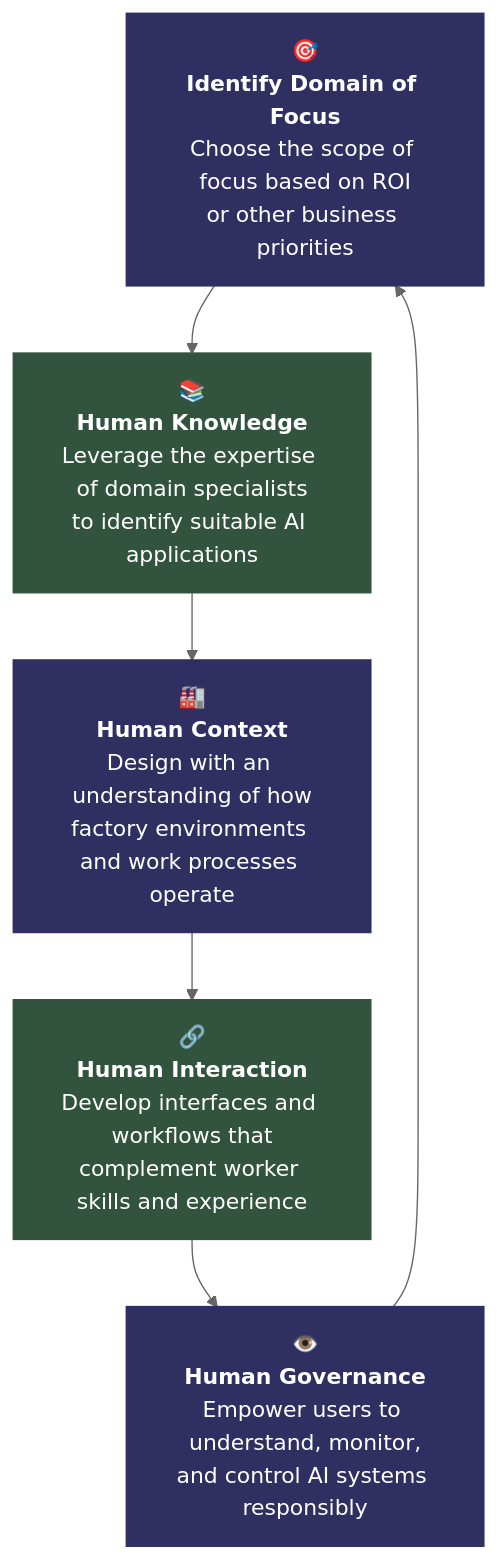
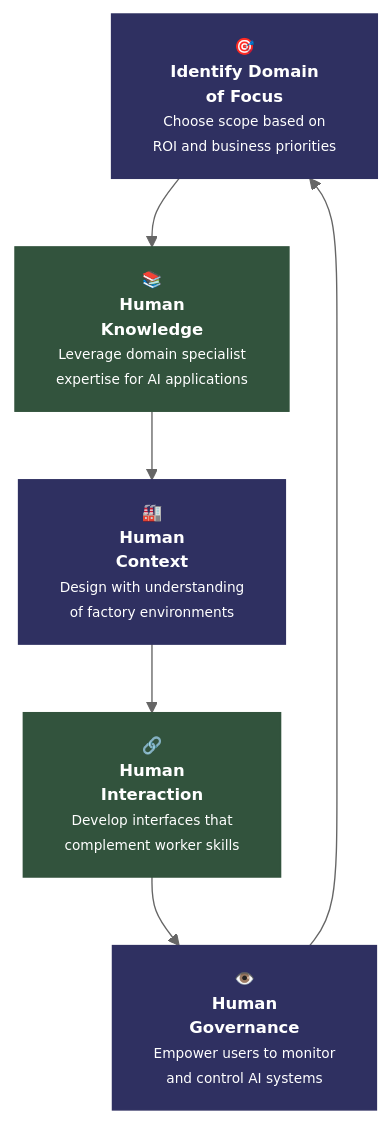
The second of 3 diagrams in factory-ai-implementation-diagram.md (isaacGAIS/diagramLN), drawn with Mermaid (neutral theme) before and after one commit. The commit also changed other lines of this file, not shown here.

````diff
--- a/factory-ai-implementation-diagram.md
+++ b/factory-ai-implementation-diagram.md
@@ -33,20 +66,26 @@
 ```mermaid
-graph TD
-    A["🎯<br/><b>Identify Domain of Focus</b><br/>Choose the scope of focus based on ROI<br/>or other business priorities"] --> B["📚<br/><b>Human Knowledge</b><br/>Leverage the expertise of domain specialists<br/>to identify suitable AI applications"]
-    B --> C["🏭<br/><b>Human Context</b><br/>Design with an understanding of how<br/>factory environments and work processes operate"]
-    C --> D["🔗<br/><b>Human Interaction</b><br/>Develop interfaces and workflows that<br/>complement worker skills and experience"]
-    D --> E["👁️<br/><b>Human Governance</b><br/>Empower users to understand, monitor,<br/>and control AI systems responsibly"]
+graph TB
+    A["🎯<br/><b>Identify Domain<br/>of Focus</b><br/><small>Choose scope based on<br/>ROI and business priorities</small>"]
+    B["📚<br/><b>Human<br/>Knowledge</b><br/><small>Leverage domain specialist<br/>expertise for AI applications</small>"]
+    C["🏭<br/><b>Human<br/>Context</b><br/><small>Design with understanding<br/>of factory environments</small>"]
+    D["🔗<br/><b>Human<br/>Interaction</b><br/><small>Develop interfaces that<br/>complement worker skills</small>"]
+    E["👁️<br/><b>Human<br/>Governance</b><br/><small>Empower users to monitor<br/>and control AI systems</small>"]
+    
+    A --> B
+    B --> C
+    C --> D
+    D --> E
     E --> A
     
-    classDef step1 fill:#2F3061,stroke:#2F3061,stroke-width:2px,color:#fff
-    classDef step2 fill:#32533D,stroke:#32533D,stroke-width:2px,color:#fff
-    classDef step3 fill:#2F3061,stroke:#2F3061,stroke-width:2px,color:#fff
-    classDef step4 fill:#32533D,stroke:#32533D,stroke-width:2px,color:#fff
-    classDef step5 fill:#2F3061,stroke:#2F3061,stroke-width:2px,color:#fff
+    classDef step1 fill:#2F3061,stroke:#2F3061,stroke-width:1px,color:#fff,font-size:12px
+    classDef step2 fill:#32533D,stroke:#32533D,stroke-width:1px,color:#fff,font-size:12px
+    classDef step3 fill:#2F3061,stroke:#2F3061,stroke-width:1px,color:#fff,font-size:12px
+    classDef step4 fill:#32533D,stroke:#32533D,stroke-width:1px,color:#fff,font-size:12px
+    classDef step5 fill:#2F3061,stroke:#2F3061,stroke-width:1px,color:#fff,font-size:12px
     
     class A step1
     class B step2
     class C step3
     class D step4
     class E step5
 ```
````
